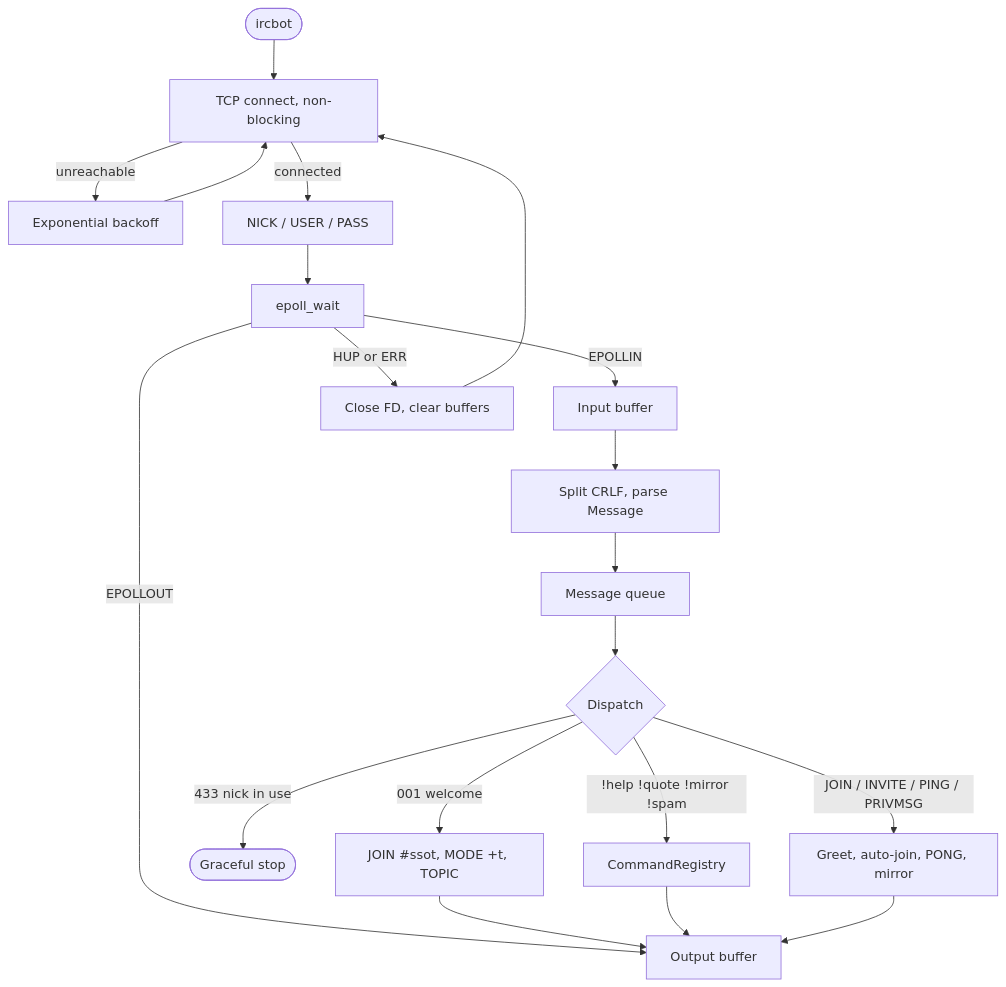
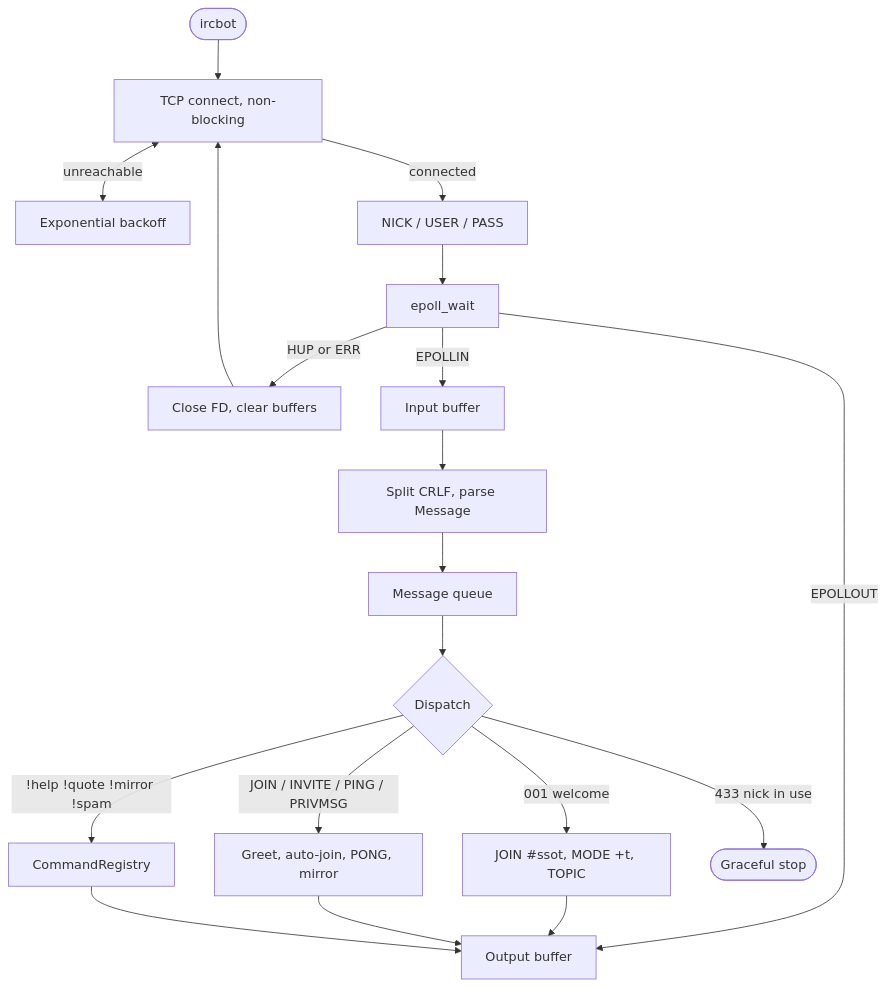
Before and after one commit to francescoPagliaPersonal/ft_irc: the diagram in docs/bot.md, drawn with Mermaid.

Commit message:
docs: bot diagram tuning

````diff
--- a/docs/bot.md
+++ b/docs/bot.md
@@ -75,27 +75,26 @@
 ```mermaid
 flowchart TD
   start([ircbot]) --> connect["TCP connect, non-blocking"]
-  connect -->|unreachable| backoff["Exponential backoff"]
-  backoff --> connect
+  connect <-->|unreachable| backoff["Exponential backoff"]
 
   connect -->|connected| register["NICK / USER / PASS"]
   register --> epoll["epoll_wait"]
 
+  drop --> connect
+  epoll -->|HUP or ERR| drop["Close FD, clear buffers"]
   epoll -->|EPOLLIN| inBuf["Input buffer"]
   epoll -->|EPOLLOUT| outBuf["Output buffer"]
-  epoll -->|HUP or ERR| drop["Close FD, clear buffers"]
-  drop --> connect
 
   inBuf --> parse["Split CRLF, parse Message"]
   parse --> queue["Message queue"]
   queue --> exec{"Dispatch"}
 
+  exec -->|"!help !quote !mirror !spam"| cmds["CommandRegistry"]
   exec -->|"001 welcome"| home["JOIN #ssot, MODE +t, TOPIC"]
+  exec -->|"JOIN / INVITE / PING / PRIVMSG"| auto["Greet, auto-join, PONG, mirror"]
   exec -->|"433 nick in use"| halt([Graceful stop])
-  exec -->|"!help !quote !mirror !spam"| cmds["CommandRegistry"]
-  exec -->|"JOIN / INVITE / PING / PRIVMSG"| auto["Greet, auto-join, PONG, mirror"]
 
   home --> outBuf
+  auto --> outBuf
   cmds --> outBuf
-  auto --> outBuf
 ```
````
